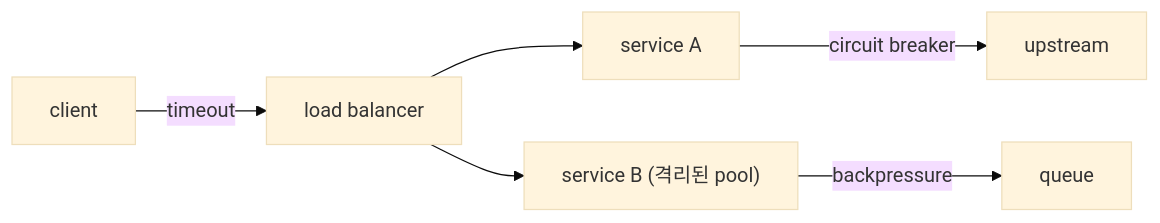
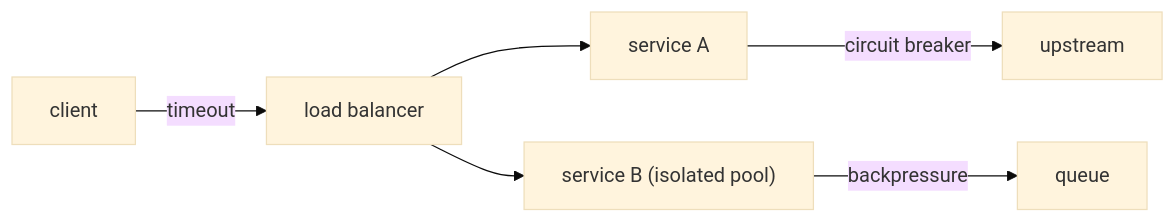
One commit to yeongseon-books/book-content changed the diagram in content/distributed-systems-101/ko/10-operable-distributed-patterns.md. Above: the diagram before and after it, drawn with Mermaid (base theme). The commit also changed other lines of this file and 9 other files, not shown here.

````diff
--- a/content/distributed-systems-101/ko/10-operable-distributed-patterns.md
+++ b/content/distributed-systems-101/ko/10-operable-distributed-patterns.md
@@ -36,8 +46,8 @@
 ```mermaid
 flowchart LR
     Cl["client"] -->|timeout| LB["load balancer"]
     LB --> S1["service A"]
-    LB --> S2["service B (격리된 pool)"]
+    LB --> S2["service B (isolated pool)"]
     S1 -->|circuit breaker| Up["upstream"]
     S2 -->|backpressure| Q["queue"]
 ```
````
